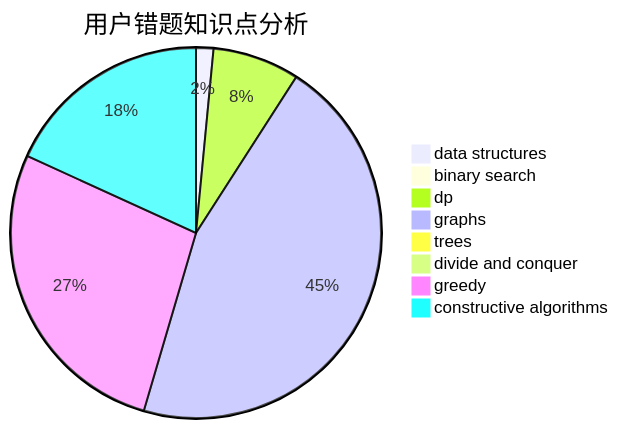
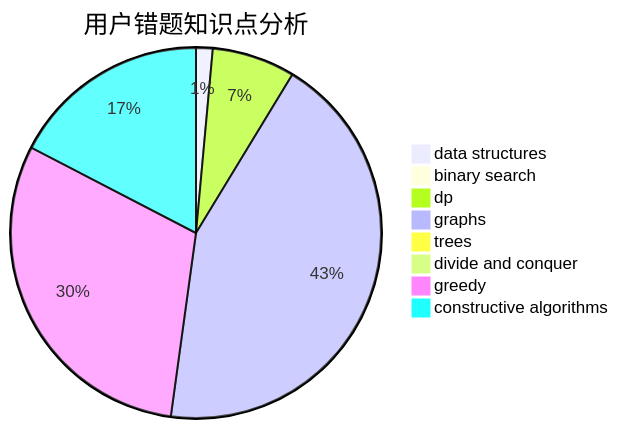
One commit to sherpahu/cfrs.github.io changed the third of 3 diagrams in docs/user/u674.md. Above: the diagram before and after it, drawn with Mermaid. The commit also changed other lines of this file and 2770 other files, not shown here.

````diff
--- a/docs/user/u674.md
+++ b/docs/user/u674.md
@@ -36,11 +36,11 @@
 ```mermaid
 pie title 用户错题知识点分析
     "data structures" :  1
     "binary search" :  0
     "dp" :  5
     "graphs" :  30
     "trees" :  0
     "divide and conquer" :  0
-    "greedy" :  18
+    "greedy" :  21
     "constructive algorithms" :  12
 ```
````
